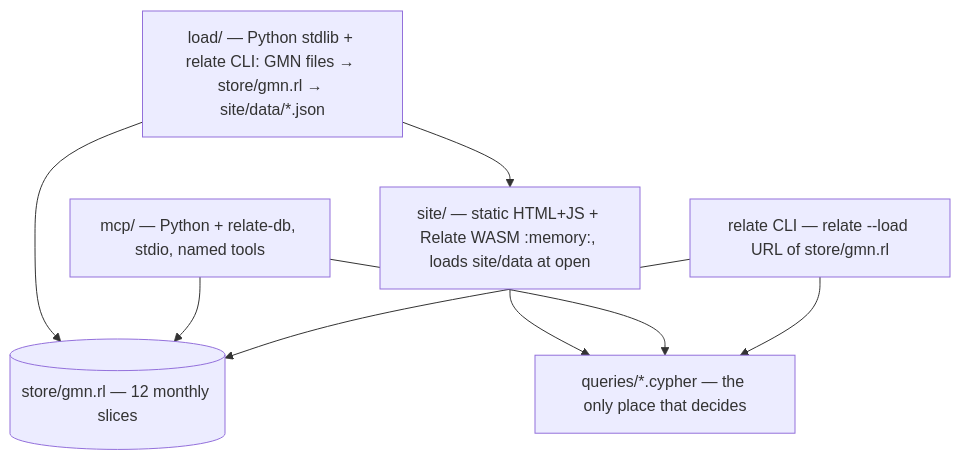
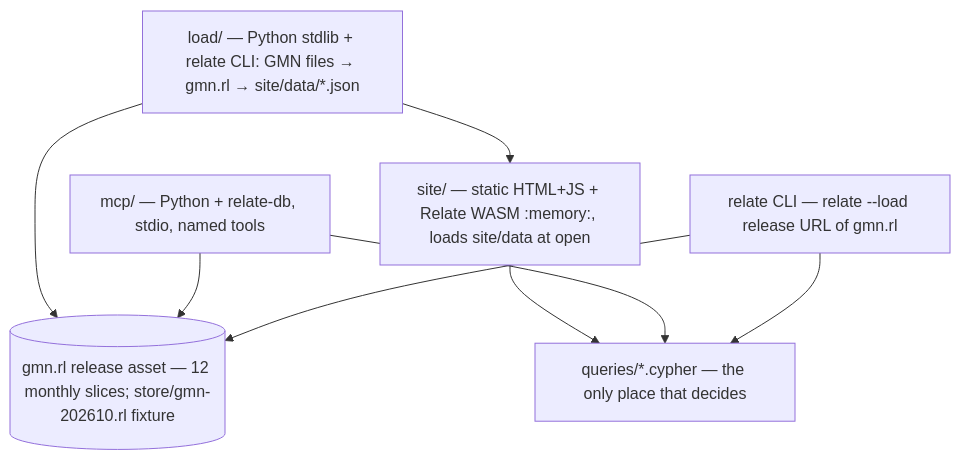
The second of 2 diagrams in docs/ARCHITECTURE.md (gmassello/second-witness), drawn with Mermaid before and after one commit. The commit also changed other lines of this file and 8 other files, not shown here.

````diff
--- a/docs/ARCHITECTURE.md
+++ b/docs/ARCHITECTURE.md
@@ -61,16 +64,16 @@
 ```mermaid
 graph TB
   q[queries/*.cypher — the only place that decides]
-  load[load/ — Python stdlib + relate CLI: GMN files → store/gmn.rl → site/data/*.json]
+  load[load/ — Python stdlib + relate CLI: GMN files → gmn.rl → site/data/*.json]
   site[site/ — static HTML+JS + Relate WASM :memory:, loads site/data at open]
   mcp[mcp/ — Python + relate-db, stdio, named tools]
-  cli[relate CLI — relate --load URL of store/gmn.rl]
-  store[(store/gmn.rl — 12 monthly slices)]
+  cli[relate CLI — relate --load release URL of gmn.rl]
+  store[(gmn.rl release asset — 12 monthly slices; store/gmn-202610.rl fixture)]
   load --> store
   load --> site
   site --> q
   mcp --> q
   cli --> q
   mcp --> store
   cli --> store
 ```
````
